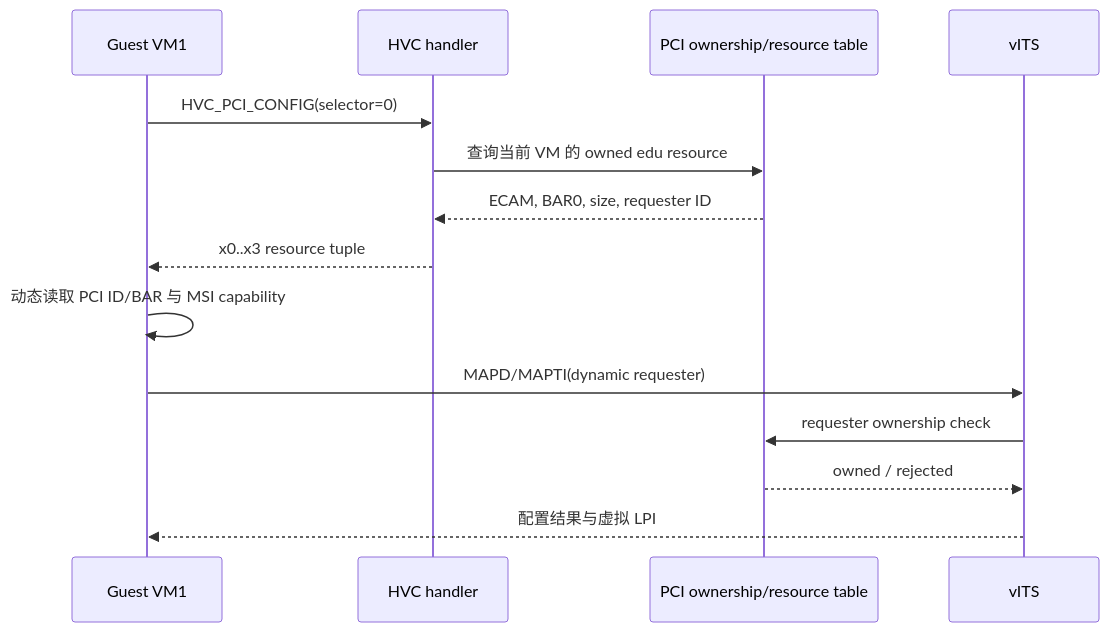
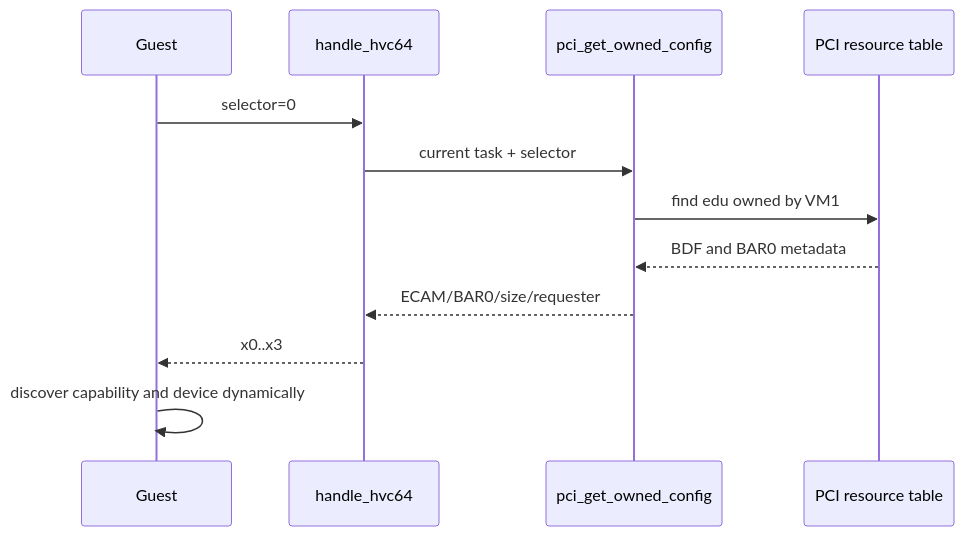
One commit to huangtan203/avisor changed the fourth of 5 diagrams in docs/Phase109_PCI枚举与BAR直通加固_详细设计文档.md. Above: the diagram before and after it, drawn with Mermaid. The commit also changed other lines of this file, not shown here.

Commit message:
docs(pci): rebuild Phase 109 resource design

````diff
--- a/docs/Phase109_PCI枚举与BAR直通加固_详细设计文档.md
+++ b/docs/Phase109_PCI枚举与BAR直通加固_详细设计文档.md
@@ -35,16 +88,14 @@
 ```mermaid
 sequenceDiagram
-    participant G as Guest VM1
-    participant H as HVC handler
-    participant P as PCI ownership/resource table
-    participant I as vITS
-    G->>H: HVC_PCI_CONFIG(selector=0)
-    H->>P: 查询当前 VM 的 owned edu resource
-    P-->>H: ECAM, BAR0, size, requester ID
-    H-->>G: x0..x3 resource tuple
-    G->>G: 动态读取 PCI ID/BAR 与 MSI capability
-    G->>I: MAPD/MAPTI(dynamic requester)
-    I->>P: requester ownership check
-    P-->>I: owned / rejected
-    I-->>G: 配置结果与虚拟 LPI
+    participant G as Guest
+    participant H as handle_hvc64
+    participant P as pci_get_owned_config
+    participant T as PCI resource table
+    G->>H: selector=0
+    H->>P: current task + selector
+    P->>T: find edu owned by VM1
+    T-->>P: BDF and BAR0 metadata
+    P-->>H: ECAM/BAR0/size/requester
+    H-->>G: x0..x3
+    G->>G: discover capability and device dynamically
 ```
````
